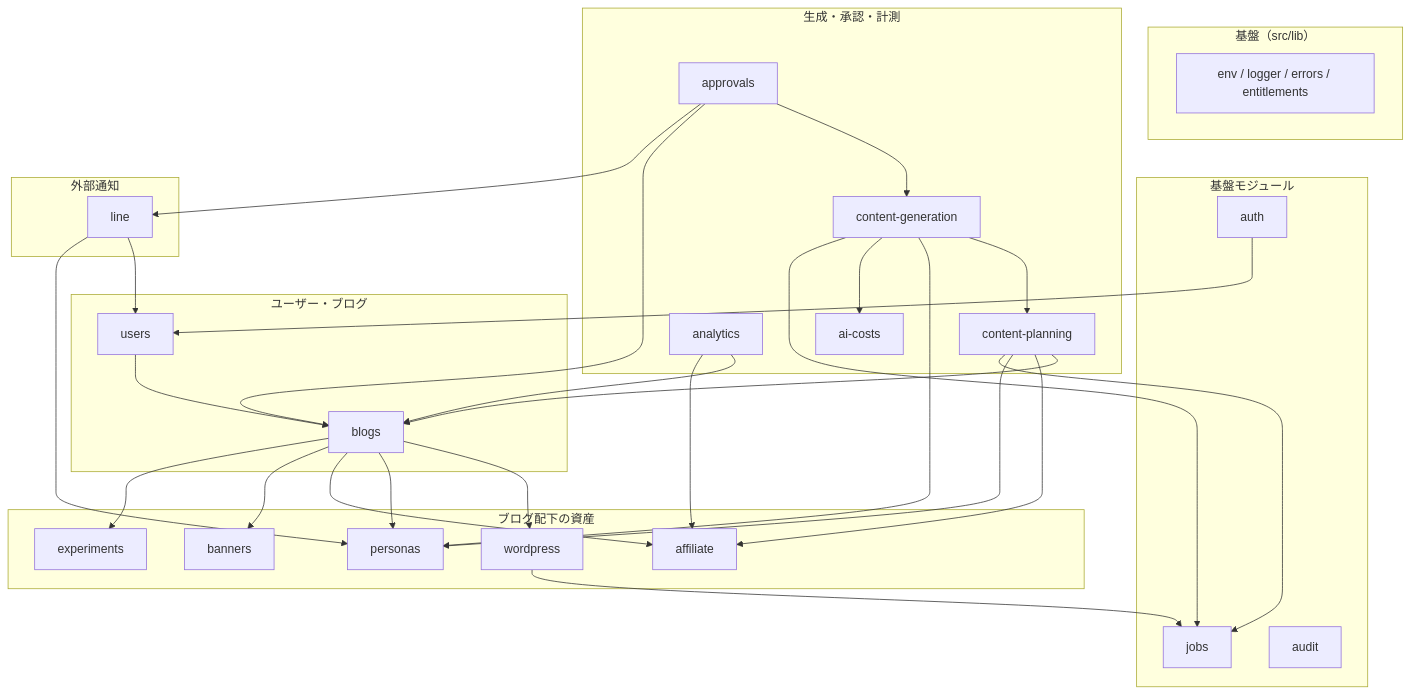
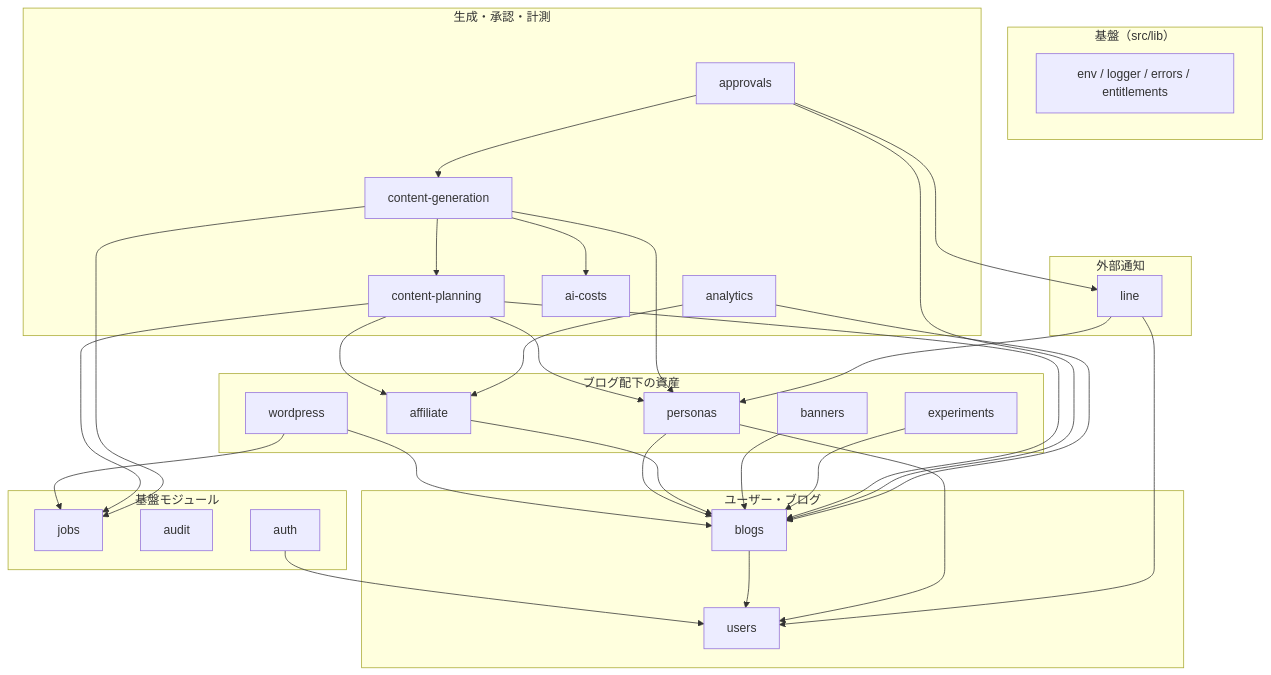
Before and after one commit to stockbusiness/bunshin-blog: the diagram in docs/MODULE_RULES.md, drawn with Mermaid. The commit also changed other lines of this file and 21 other files, not shown here.

````diff
--- a/docs/MODULE_RULES.md
+++ b/docs/MODULE_RULES.md
@@ -83,61 +83,62 @@
 ```mermaid
 graph TD
   subgraph L0["基盤（src/lib）"]
     lib["env / logger / errors / entitlements"]
   end
 
   subgraph L1["基盤モジュール"]
     jobs
     audit
     auth
   end
 
   subgraph L2["ユーザー・ブログ"]
     users
     blogs
   end
 
   subgraph L3["ブログ配下の資産"]
     wordpress
     personas
     affiliate
     banners
     experiments
   end
 
   subgraph L4["生成・承認・計測"]
     cp["content-planning"]
     cg["content-generation"]
     approvals
     analytics
     costs["ai-costs"]
   end
 
   subgraph L5["外部通知"]
     line
   end
 
   auth --> users
-  users --> blogs
-  blogs --> wordpress
-  blogs --> personas
-  blogs --> affiliate
-  blogs --> banners
-  blogs --> experiments
+  blogs --> users
+  wordpress --> blogs
+  personas --> users
+  personas --> blogs
+  affiliate --> blogs
+  banners --> blogs
+  experiments --> blogs
   wordpress --> jobs
   cp --> blogs
   cp --> affiliate
   cp --> personas
   cp --> jobs
   cg --> cp
   cg --> personas
   cg --> costs
   cg --> jobs
   approvals --> cg
   approvals --> blogs
   approvals --> line
   analytics --> blogs
   analytics --> affiliate
   line --> users
   line --> personas
 ```
````
